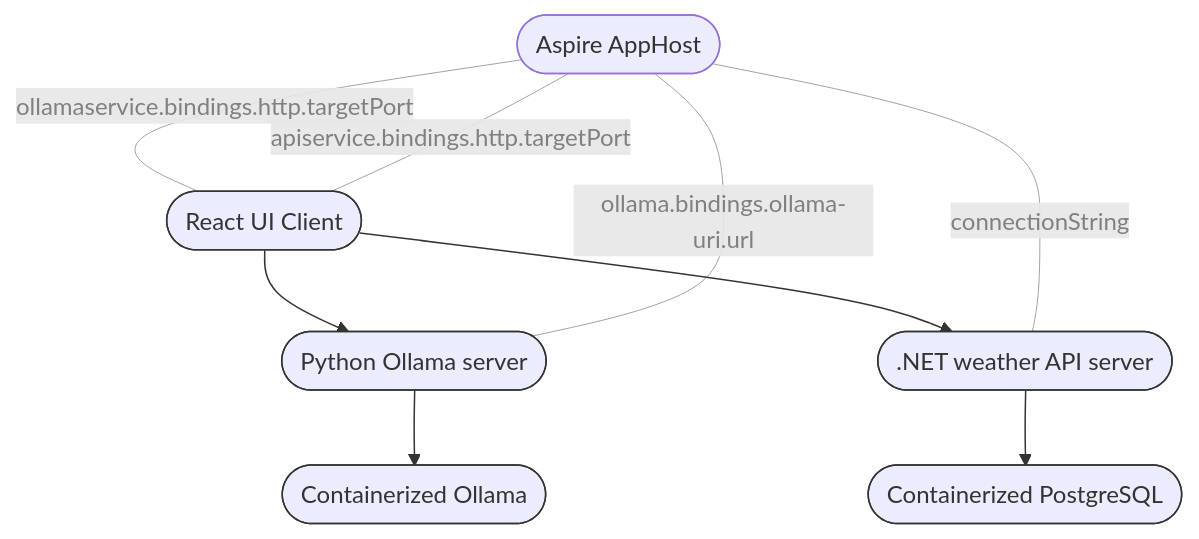
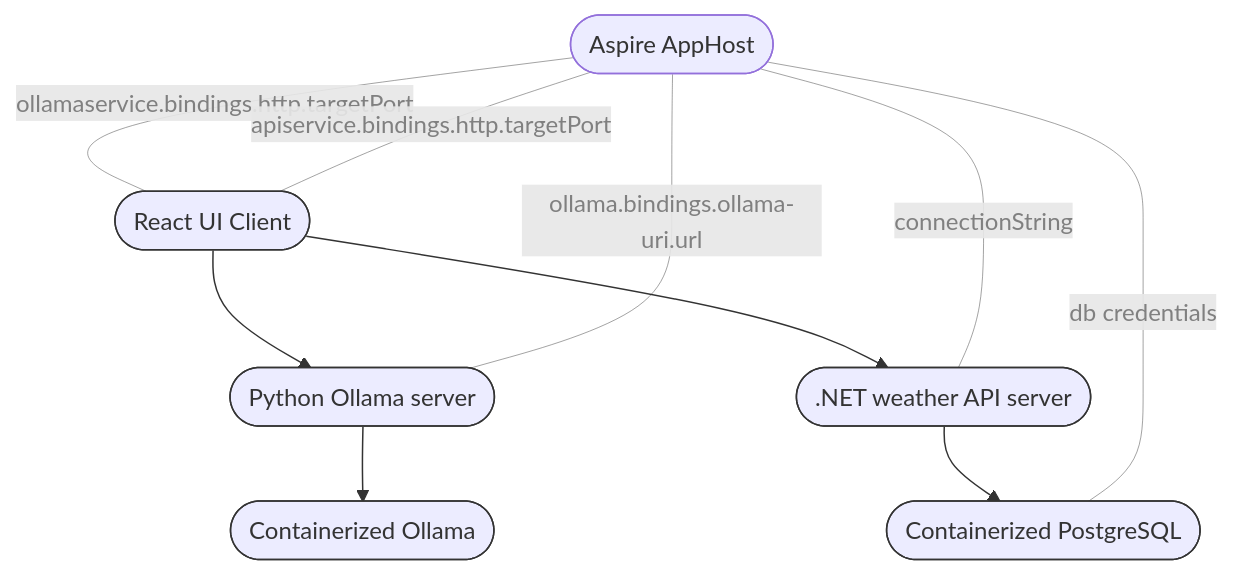
Before and after one commit to CynicDog/CynicDog.github.io: the diagram in _posts/2024-07-31-azure-aspire-with-containerized-ollama.md, drawn with Mermaid.

````diff
--- a/_posts/2024-07-31-azure-aspire-with-containerized-ollama.md
+++ b/_posts/2024-07-31-azure-aspire-with-containerized-ollama.md
@@ -26,17 +26,18 @@
 ``` mermaid
 flowchart TD
     
     A([React UI Client]) --> B([Python Ollama server])
     B --> E([Containerized Ollama])
     A --> C([.NET weather API server])
     C --> D([Containerized PostgreSQL])
     F([Aspire AppHost]) --- |ollamaservice.bindings.http.targetPort| A
     F --- |apiservice.bindings.http.targetPort| A
     F --- |connectionString| C
     F --- |ollama.bindings.ollama-uri.url| B
+    F --- |db credentials| D
      
     classDef container stroke:#333,stroke-width:1px;
     class A,B,C,D,E container;
 
-    linkStyle 4,5,6,7 stroke-width:.3px,color:grey;
+    linkStyle 4,5,6,7,8 stroke-width:.3px,color:grey;
 ```
````
